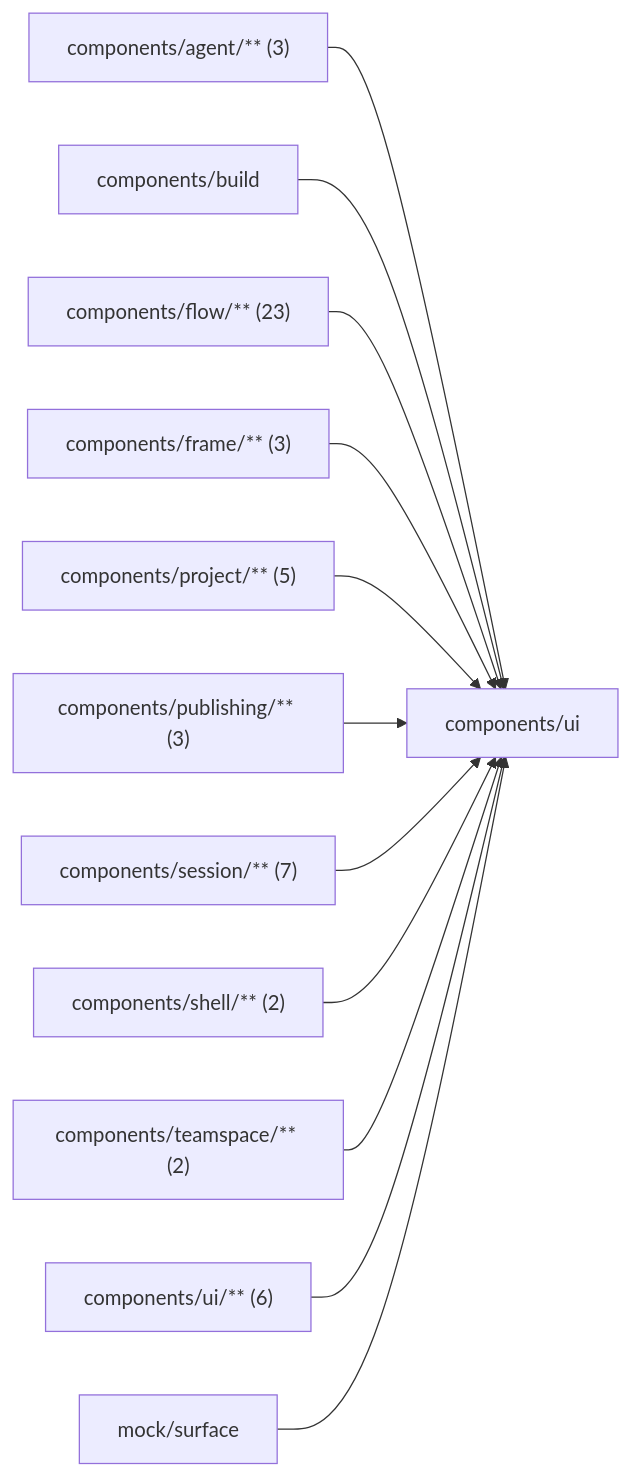
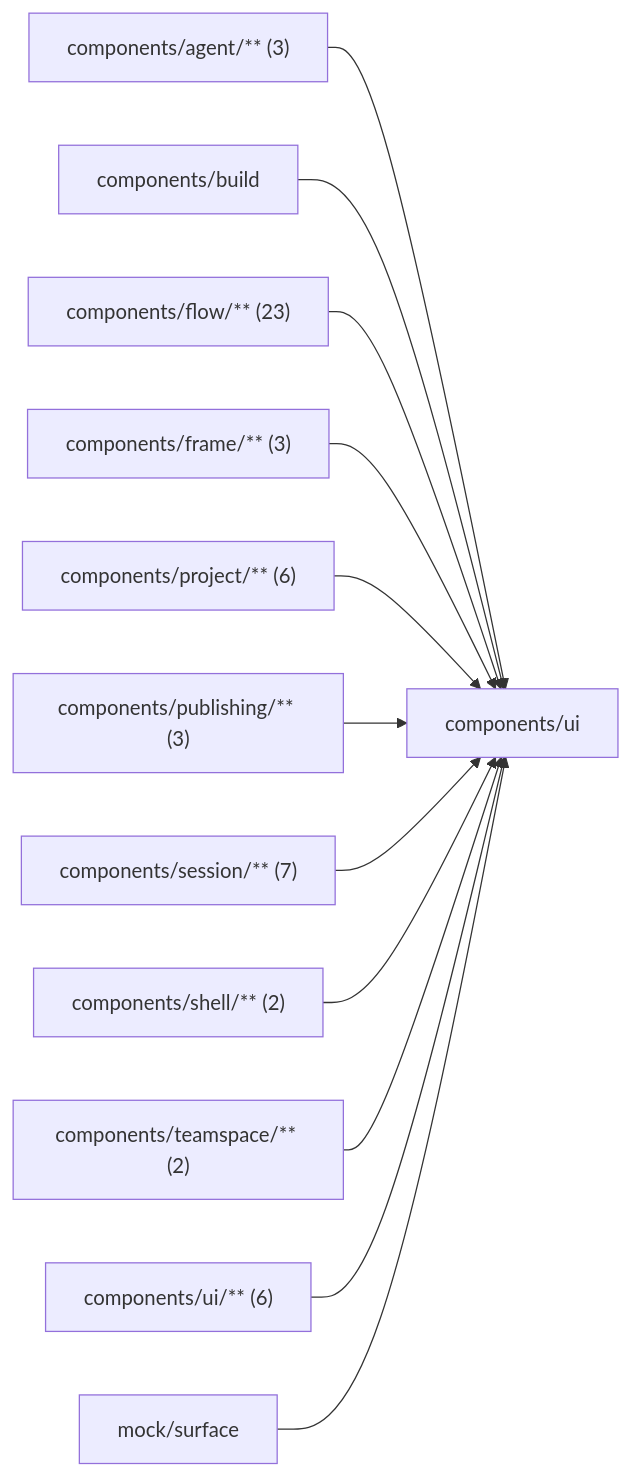
The diagram in web/studio/components/ui/README.md (superdurable/superverse), drawn with Mermaid before and after one commit. The commit also changed other lines of this file and 226 other files, not shown here.

````diff
--- a/web/studio/components/ui/README.md
+++ b/web/studio/components/ui/README.md
@@ -10,15 +10,15 @@
 ```mermaid
 flowchart LR
   self["components/ui"]
   c0["components/agent/** (3)"] --> self
   c1["components/build"] --> self
   c2["components/flow/** (23)"] --> self
   c3["components/frame/** (3)"] --> self
-  c4["components/project/** (5)"] --> self
+  c4["components/project/** (6)"] --> self
   c5["components/publishing/** (3)"] --> self
   c6["components/session/** (7)"] --> self
   c7["components/shell/** (2)"] --> self
   c8["components/teamspace/** (2)"] --> self
   c9["components/ui/** (6)"] --> self
   c10["mock/surface"] --> self
 ```
````
